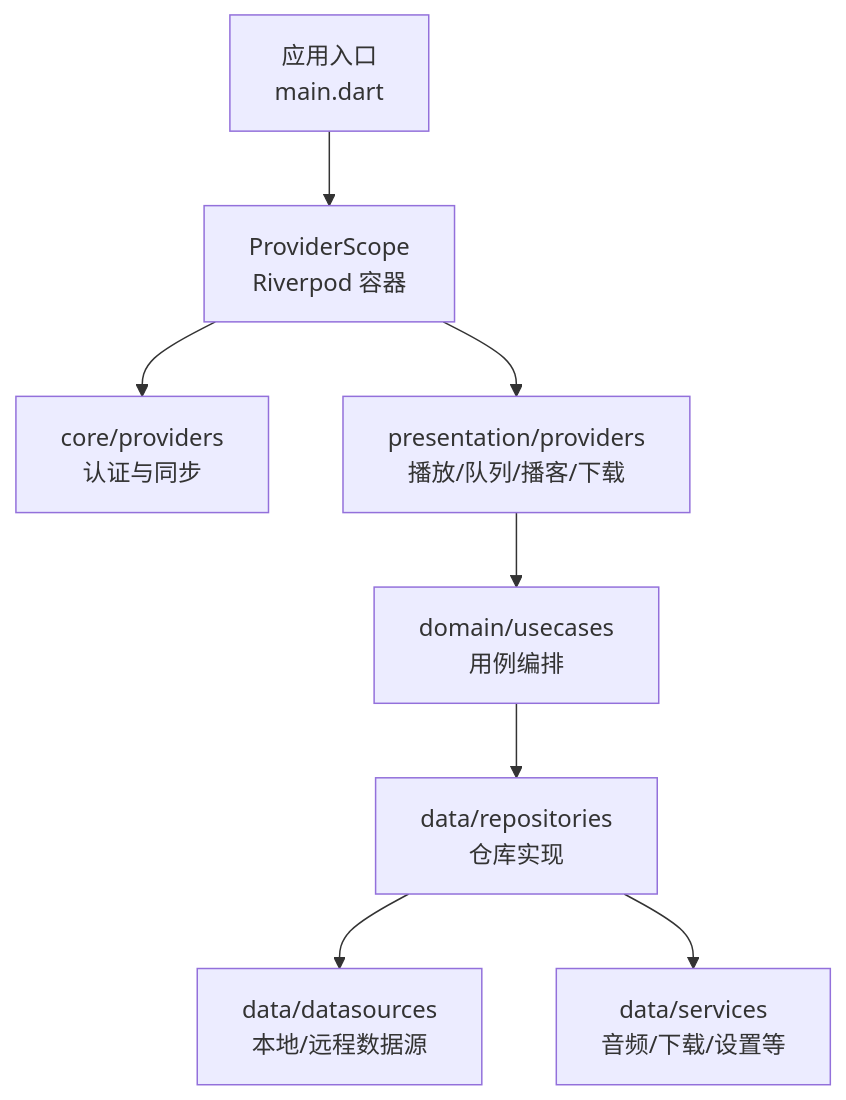
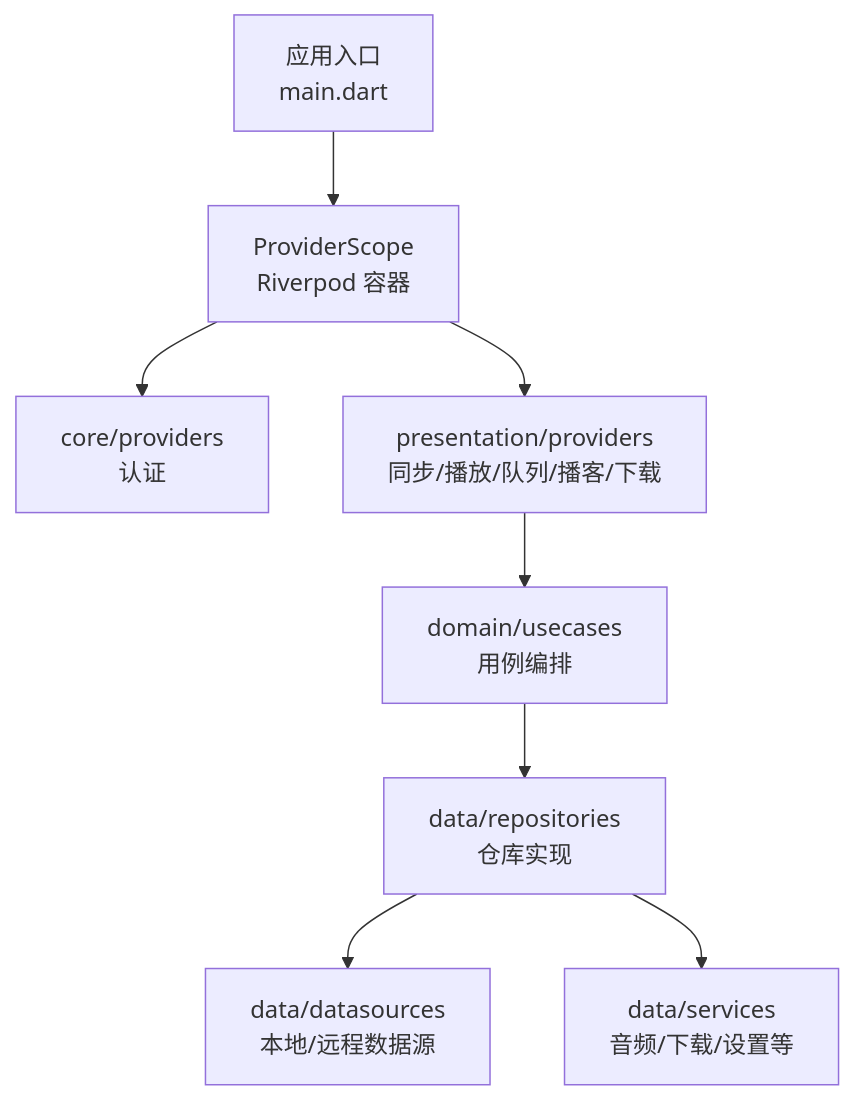
One commit to ZTfer/Tinycast changed the first of 8 diagrams in .qoder/repowiki/zh/content/架构设计/设计模式应用/MVVM 模式/ViewModel 层架构.md. Above: the diagram before and after it, drawn with Mermaid. The commit also changed 34 other files, not shown here.

````diff
--- a/.qoder/repowiki/zh/content/架构设计/设计模式应用/MVVM 模式/ViewModel 层架构.md
+++ b/.qoder/repowiki/zh/content/架构设计/设计模式应用/MVVM 模式/ViewModel 层架构.md
@@ -40,10 +40,10 @@
 ```mermaid
 graph TB
 A["应用入口<br/>main.dart"] --> B["ProviderScope<br/>Riverpod 容器"]
-B --> C["core/providers<br/>认证与同步"]
-B --> D["presentation/providers<br/>播放/队列/播客/下载"]
+B --> C["core/providers<br/>认证"]
+B --> D["presentation/providers<br/>同步/播放/队列/播客/下载"]
 D --> E["domain/usecases<br/>用例编排"]
 E --> F["data/repositories<br/>仓库实现"]
 F --> G["data/datasources<br/>本地/远程数据源"]
 F --> H["data/services<br/>音频/下载/设置等"]
 ```
````
